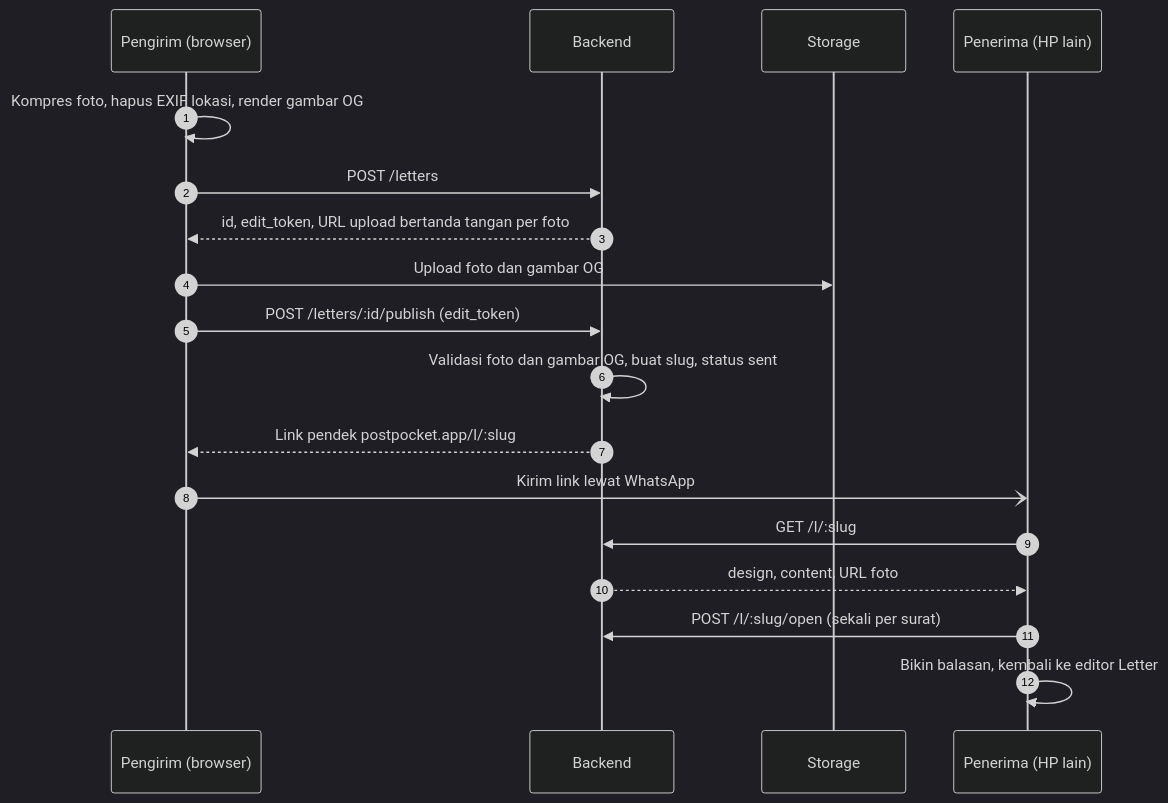
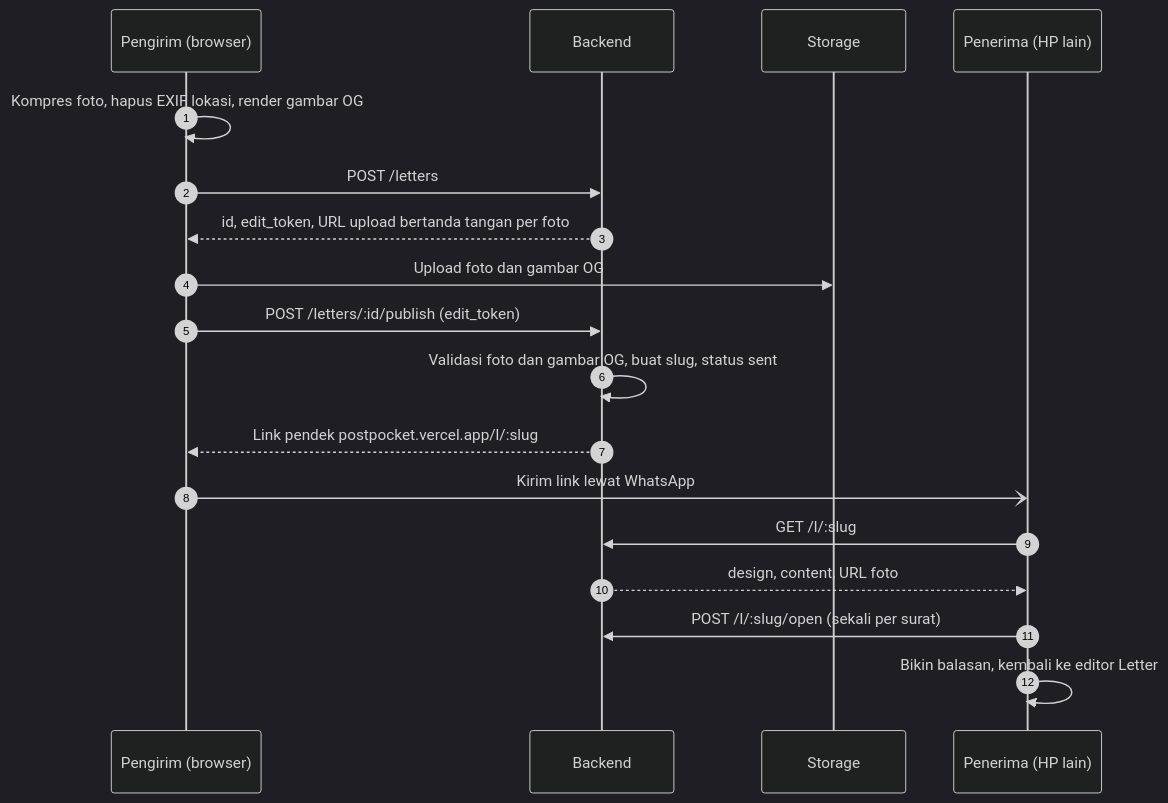
The diagram in docs/backend.md (HaikalFaruq/PostPocket), drawn with Mermaid (dark theme) before and after one commit. The commit also changed other lines of this file and 4 other files, not shown here.

````diff
--- a/docs/backend.md
+++ b/docs/backend.md
@@ -18,20 +18,20 @@
 ```mermaid
 sequenceDiagram
     autonumber
     participant P as Pengirim (browser)
     participant B as Backend
     participant S as Storage
     participant R as Penerima (HP lain)
     P->>P: Kompres foto, hapus EXIF lokasi, render gambar OG
     P->>B: POST /letters
     B-->>P: id, edit_token, URL upload bertanda tangan per foto
     P->>S: Upload foto dan gambar OG
     P->>B: POST /letters/:id/publish (edit_token)
     B->>B: Validasi foto dan gambar OG, buat slug, status sent
-    B-->>P: Link pendek postpocket.app/l/:slug
+    B-->>P: Link pendek postpocket.vercel.app/l/:slug
     P-)R: Kirim link lewat WhatsApp
     R->>B: GET /l/:slug
     B-->>R: design, content, URL foto
     R->>B: POST /l/:slug/open (sekali per surat)
     R->>R: Bikin balasan, kembali ke editor Letter
 ```
````
